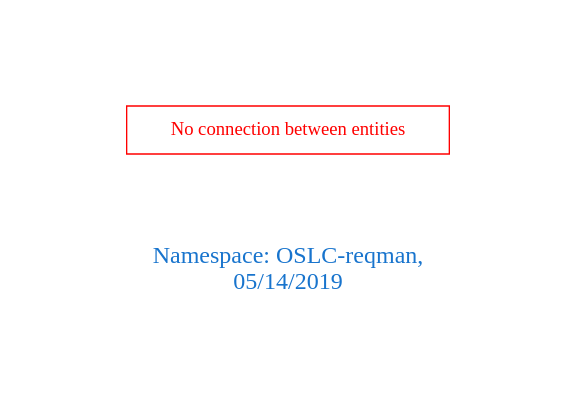
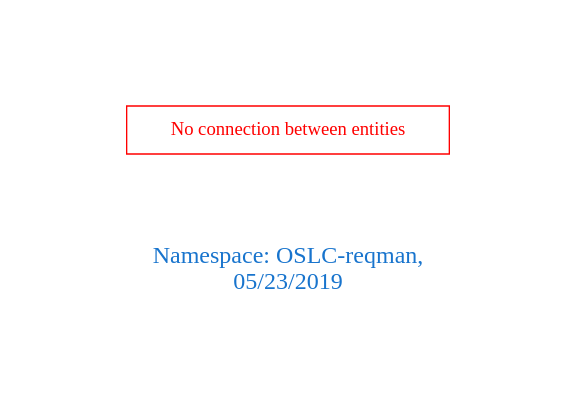
One commit to arago/OGIT changed the diagram in downloads/OSLC-reqman.dot. Above: the diagram before and after it, drawn with Graphviz. The commit also changed 1391 other files, not shown here.

```diff
--- a/downloads/OSLC-reqman.dot
+++ b/downloads/OSLC-reqman.dot
@@ -1,9 +1,9 @@
 digraph OGIT_ontology {
  graph [ rankdir= LR,pad=1 
 fontsize = 18,
-fontcolor= dodgerblue3,label = "\n\n\nNamespace: OSLC-reqman, \n 05/14/2019"];
+fontcolor= dodgerblue3,label = "\n\n\nNamespace: OSLC-reqman, \n 05/23/2019"];
 node[shape=polygon];
 edge [  color="gray81"];
 
 "No connection between entities" [fontcolor = "red",color="red", shape="polygon"]
 }
```
